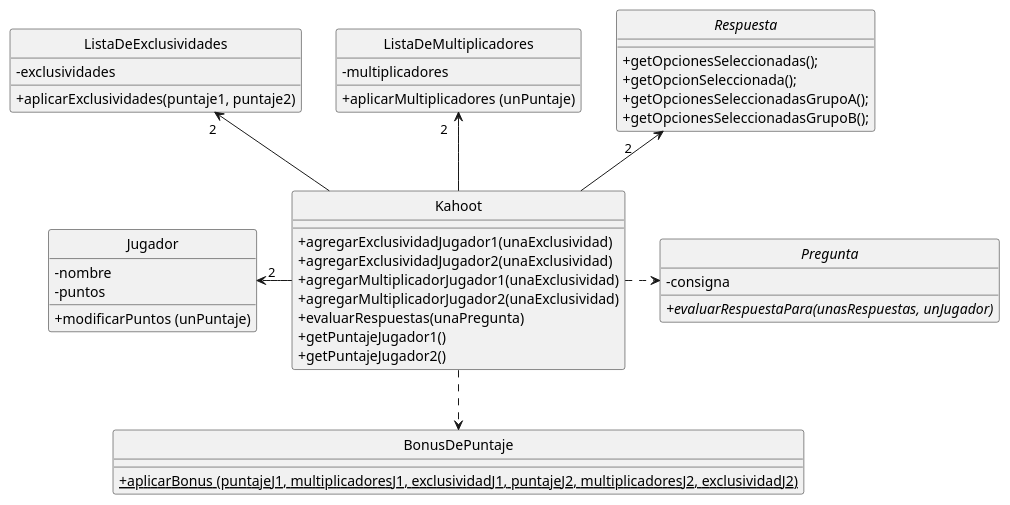
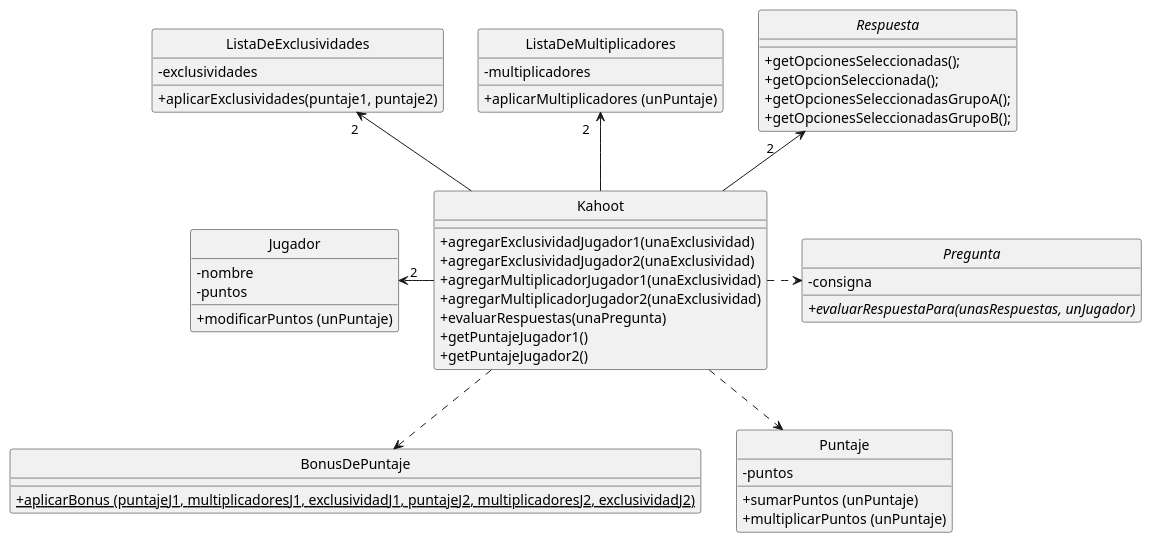
Before and after one commit to Tomymanoukian/AyPIII_TP2: the diagram in Diagramas/DDC-E2-Kahoot.puml, drawn with PlantUML.

Commit message:
Docs: Agrego la interacción con puntaje

```diff
--- a/Diagramas/DDC-E2-Kahoot.puml
+++ b/Diagramas/DDC-E2-Kahoot.puml
@@ -1,58 +1,65 @@
 @startuml
 
 skinparam classAttributeIconSize 0
 skinparam shadowing false
 hide circle
 
 class Jugador {
     -nombre
     -puntos
     +modificarPuntos (unPuntaje)
 }
 
 class Kahoot {
     +agregarExclusividadJugador1(unaExclusividad)
     +agregarExclusividadJugador2(unaExclusividad)
     +agregarMultiplicadorJugador1(unaExclusividad)
     +agregarMultiplicadorJugador2(unaExclusividad)
     +evaluarRespuestas(unaPregunta)
     +getPuntajeJugador1()
     +getPuntajeJugador2()
 }
 
 abstract class Pregunta {
     -consigna
     {abstract}+evaluarRespuestaPara(unasRespuestas, unJugador)
 }
 
 class BonusDePuntaje {
     +{static}aplicarBonus (puntajeJ1, multiplicadoresJ1, exclusividadJ1, puntajeJ2, multiplicadoresJ2, exclusividadJ2)
 }
 
 class ListaDeExclusividades {
     -exclusividades
     +aplicarExclusividades(puntaje1, puntaje2)
 }
 
 class ListaDeMultiplicadores {
     -multiplicadores
     +aplicarMultiplicadores (unPuntaje)
 }
 
 interface Respuesta {
     +getOpcionesSeleccionadas();
     +getOpcionSeleccionada();
     +getOpcionesSeleccionadasGrupoA();
     +getOpcionesSeleccionadasGrupoB();
 }
 
+class Puntaje {
+    -puntos
+    +sumarPuntos (unPuntaje)
+    +multiplicarPuntos (unPuntaje)
+}
+
 Jugador " 2" <- Kahoot
 Kahoot .> Pregunta
 Respuesta "2      " <-- Kahoot
 
 Kahoot ..> BonusDePuntaje
+Kahoot ..> Puntaje
 
 ListaDeExclusividades "2  "<-- Kahoot
 ListaDeMultiplicadores "2   "<-- Kahoot
 
 @enduml
```
